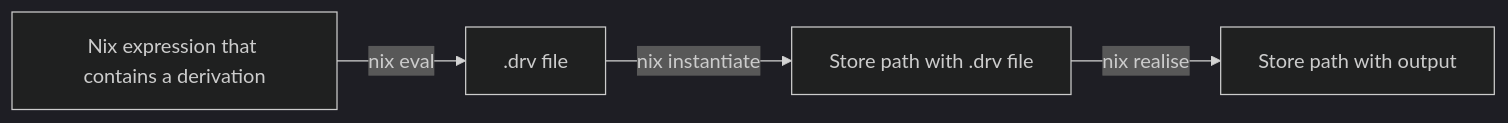
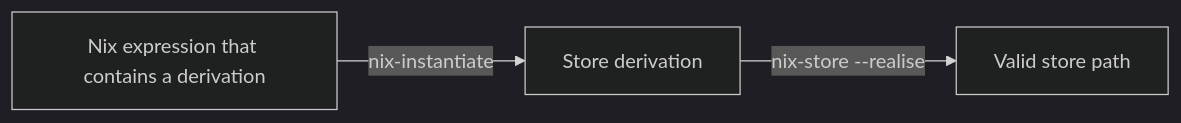
Before and after one commit to NixOS/rfcs: the first of 2 diagrams in rfcs/0174-improve-terminology.md, drawn with Mermaid (dark theme). The commit also changed other lines of this file, not shown here.

````diff
--- a/rfcs/0174-improve-terminology.md
+++ b/rfcs/0174-improve-terminology.md
@@ -50,6 +57,5 @@
 ```mermaid
 graph LR;
-  expr[Nix expression that contains a derivation] -->|nix eval| drv[.drv file];
-  drv -->|nix instantiate| storedrv[Store path with .drv file];
-  storedrv -->|nix realise| output[Store path with output];
-``` 
+  expr[Nix expression that contains a derivation] -->|nix-instantiate| storedrv[Store derivation];
+  storedrv -->|nix-store --realise| output[Valid store path];
+```
````
